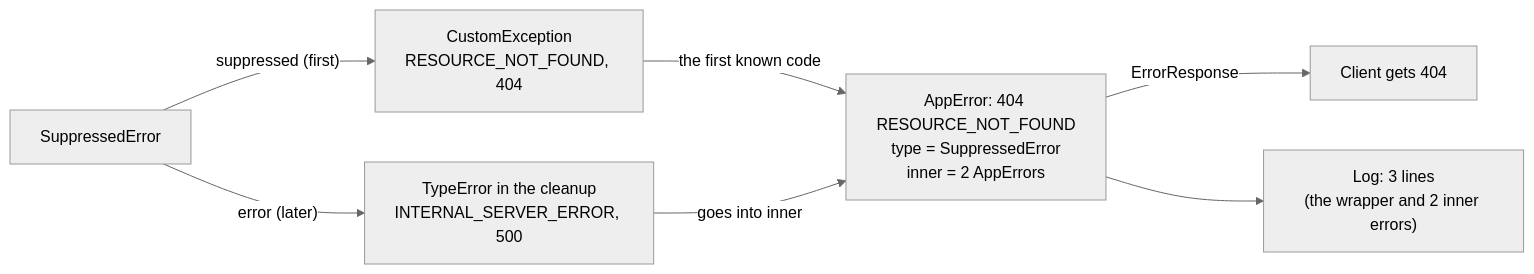
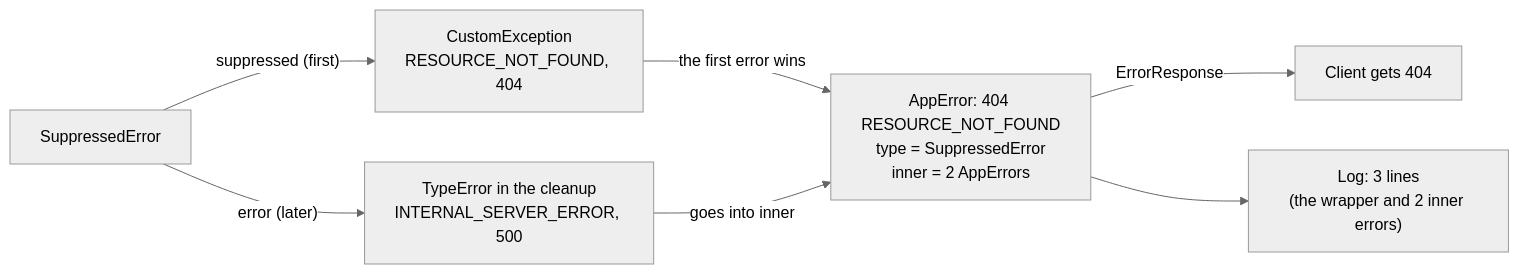
The fourth of 7 diagrams in docs/error-handling-improvements.md (CyberBrainiac/job-search-automation-tool), drawn with Mermaid (neutral theme) before and after one commit. The commit also changed other lines of this file and 1 other file, not shown here.

First line of the commit message:
docs(root): fix the gaps of the error handling design and answer Q1-Q9

````diff
--- a/docs/error-handling-improvements.md
+++ b/docs/error-handling-improvements.md
@@ -281,9 +457,9 @@
 ```mermaid
 flowchart LR
   S["SuppressedError"] -- "suppressed (first)" --> E1["CustomException<br/>RESOURCE_NOT_FOUND, 404"]
   S -- "error (later)" --> E2["TypeError in the cleanup<br/>INTERNAL_SERVER_ERROR, 500"]
-  E1 -- "the first known code" --> M["AppError: 404 RESOURCE_NOT_FOUND<br/>type = SuppressedError<br/>inner = 2 AppErrors"]
+  E1 -- "the first error wins" --> M["AppError: 404 RESOURCE_NOT_FOUND<br/>type = SuppressedError<br/>inner = 2 AppErrors"]
   E2 -- "goes into inner" --> M
   M -- "ErrorResponse" --> C["Client gets 404"]
   M --> L["Log: 3 lines<br/>(the wrapper and 2 inner errors)"]
 ```
````
